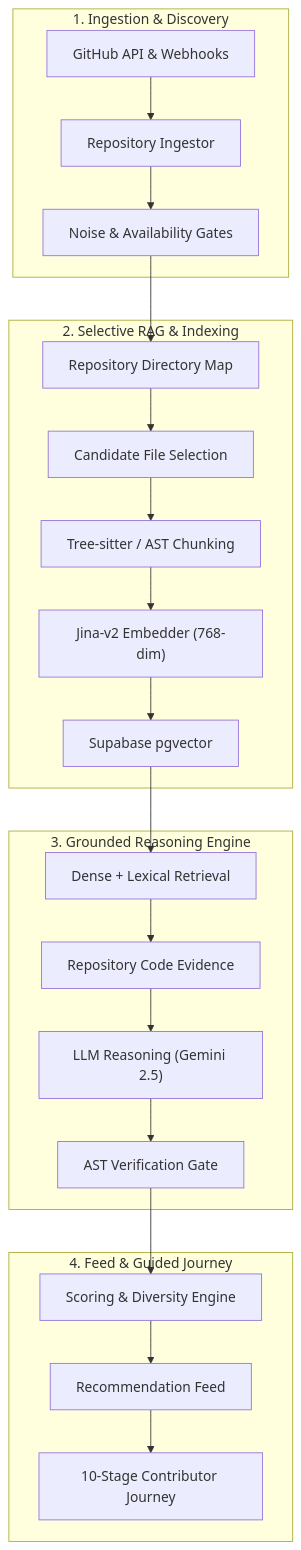
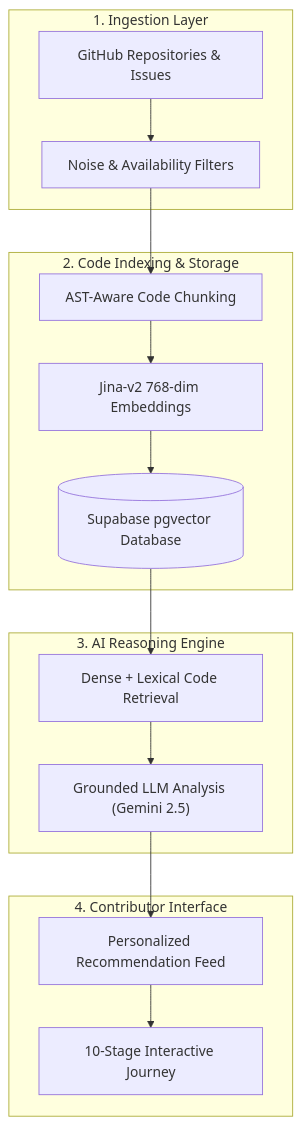
The first of 3 diagrams in README.md (sriharizz/gitnova), drawn with Mermaid before and after one commit. The commit also changed other lines of this file, not shown here.

Commit message:
docs: simplify system architecture mermaid diagram for clear presentation

````diff
--- a/README.md
+++ b/README.md
@@ -27,29 +27,22 @@
 ```mermaid
 flowchart TD
-    subgraph S1 ["1. Ingestion & Discovery"]
-        GH["GitHub API & Webhooks"] --> Ingest["Repository Ingestor"]
-        Ingest --> Qual["Noise & Availability Gates"]
+    subgraph S1 ["1. Ingestion Layer"]
+        A["GitHub Repositories & Issues"] --> B["Noise & Availability Filters"]
     end
 
-    subgraph S2 ["2. Selective RAG & Indexing"]
-        RepoMap["Repository Directory Map"] --> Cand["Candidate File Selection"]
-        Cand --> AST["Tree-sitter / AST Chunking"]
-        AST --> Embed["Jina-v2 Embedder (768-dim)"]
-        Embed --> VectorStore["Supabase pgvector"]
+    subgraph S2 ["2. Code Indexing & Storage"]
+        B --> C["AST-Aware Code Chunking"]
+        C --> D["Jina-v2 768-dim Embeddings"]
+        D --> E[("Supabase pgvector Database")]
     end
 
-    subgraph S3 ["3. Grounded Reasoning Engine"]
-        HybridRet["Dense + Lexical Retrieval"] --> GroundedEv["Repository Code Evidence"]
-        GroundedEv --> LLM["LLM Reasoning (Gemini 2.5)"]
-        LLM --> Verify["AST Verification Gate"]
+    subgraph S3 ["3. AI Reasoning Engine"]
+        E --> F["Dense + Lexical Code Retrieval"]
+        F --> G["Grounded LLM Analysis (Gemini 2.5)"]
     end
 
-    subgraph S4 ["4. Feed & Guided Journey"]
-        Ranking["Scoring & Diversity Engine"] --> Feed["Recommendation Feed"]
-        Feed --> Journey["10-Stage Contributor Journey"]
+    subgraph S4 ["4. Contributor Interface"]
+        G --> H["Personalized Recommendation Feed"]
+        H --> I["10-Stage Interactive Journey"]
     end
-
-    Qual --> RepoMap
-    VectorStore --> HybridRet
-    Verify --> Ranking
 ```
````
